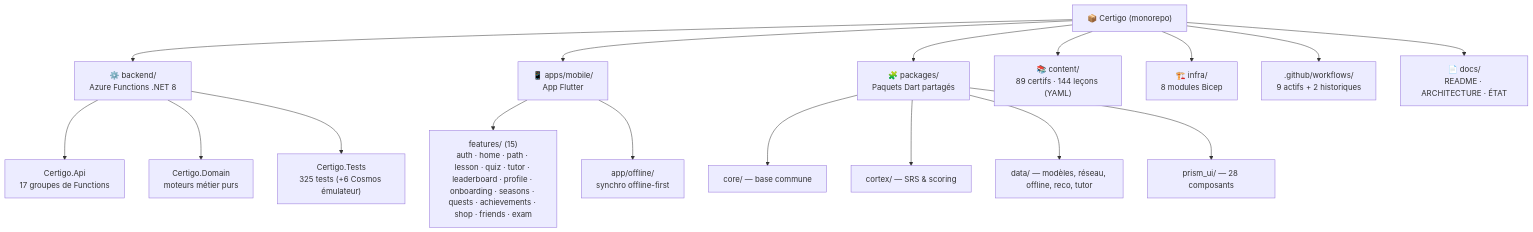
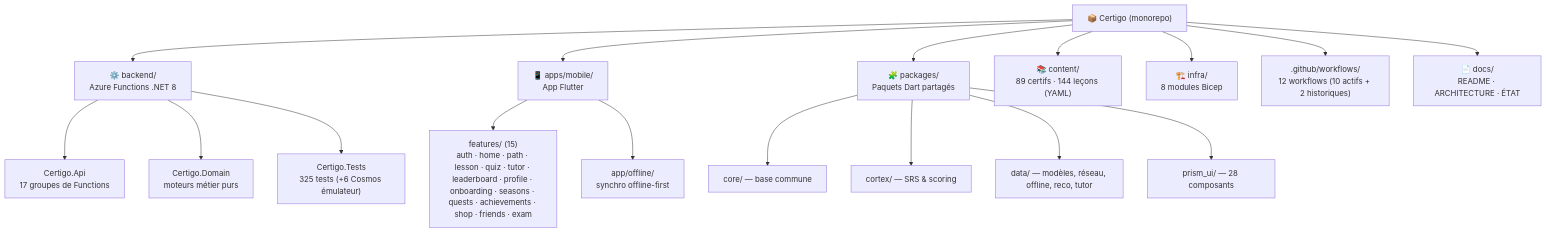
Before and after one commit to gaby27072001/certigo: the first of 5 diagrams in docs/ETAT_DU_PROJET.md, drawn with Mermaid. The commit also changed other lines of this file and 45 other files, not shown here.

````diff
--- a/docs/ETAT_DU_PROJET.md
+++ b/docs/ETAT_DU_PROJET.md
@@ -60,24 +60,24 @@
 ```mermaid
 graph TD
     ROOT["📦 Certigo (monorepo)"]
 
     ROOT --> BE["⚙️ backend/<br/>Azure Functions .NET 8"]
     ROOT --> APP["📱 apps/mobile/<br/>App Flutter"]
     ROOT --> PKG["🧩 packages/<br/>Paquets Dart partagés"]
     ROOT --> CNT["📚 content/<br/>89 certifs · 144 leçons (YAML)"]
     ROOT --> INF["🏗️ infra/<br/>8 modules Bicep"]
-    ROOT --> CI[".github/workflows/<br/>9 actifs + 2 historiques"]
+    ROOT --> CI[".github/workflows/<br/>12 workflows (10 actifs + 2 historiques)"]
     ROOT --> DOC["📄 docs/<br/>README · ARCHITECTURE · ÉTAT"]
 
     BE --> API["Certigo.Api<br/>17 groupes de Functions"]
     BE --> DOM["Certigo.Domain<br/>moteurs métier purs"]
     BE --> TST["Certigo.Tests<br/>325 tests (+6 Cosmos émulateur)"]
 
     PKG --> CORE["core/ — base commune"]
     PKG --> CORTEX["cortex/ — SRS & scoring"]
     PKG --> DATA["data/ — modèles, réseau, offline, reco, tutor"]
     PKG --> PRISM["prism_ui/ — 28 composants"]
 
     APP --> FEAT["features/ (15)<br/>auth · home · path · lesson · quiz · tutor · leaderboard · profile · onboarding · seasons · quests · achievements · shop · friends · exam"]
     APP --> OFF["app/offline/<br/>synchro offline-first"]
 ```
````
